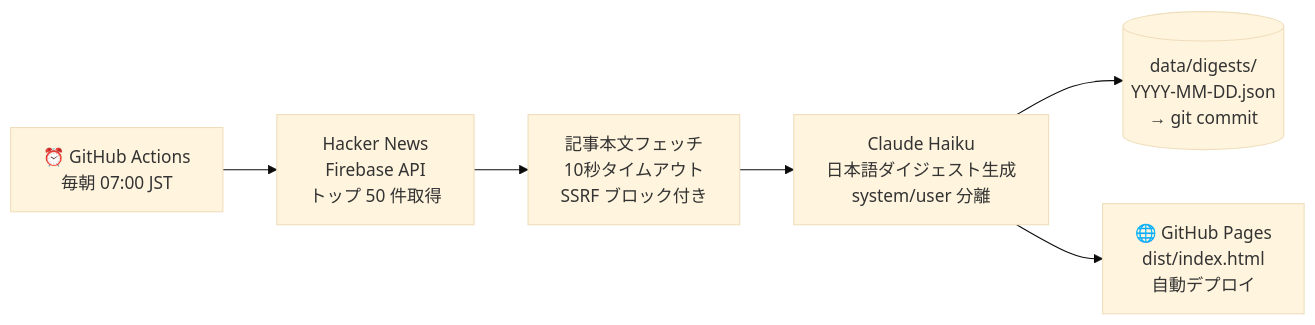
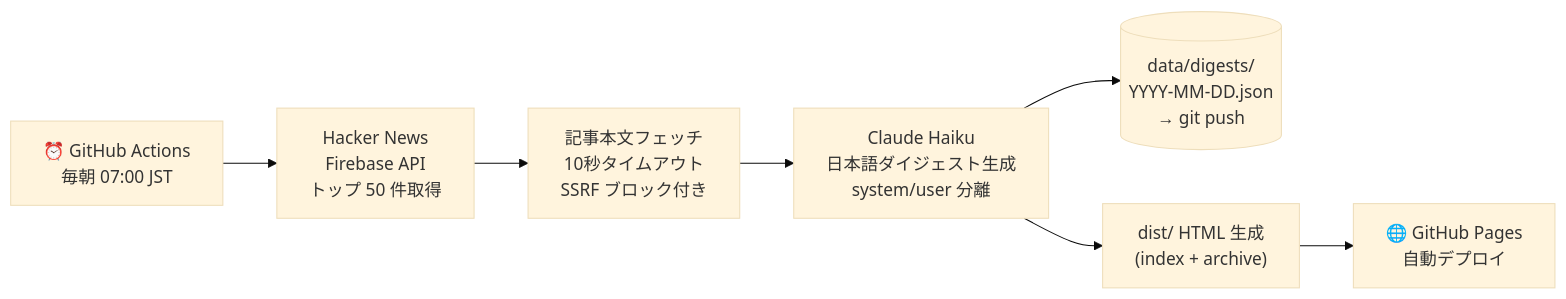
Before and after one commit to HayatoToyoda/tech-digest: the diagram in README.md, drawn with Mermaid (base theme). The commit also changed other lines of this file and 1 other file, not shown here.

````diff
--- a/README.md
+++ b/README.md
@@ -84,8 +86,9 @@
 ```mermaid
 flowchart LR
     A["⏰ GitHub Actions\n毎朝 07:00 JST"] --> B["Hacker News\nFirebase API\nトップ 50 件取得"]
     B --> C["記事本文フェッチ\n10秒タイムアウト\nSSRF ブロック付き"]
     C --> D["Claude Haiku\n日本語ダイジェスト生成\nsystem/user 分離"]
-    D --> E[("data/digests/\nYYYY-MM-DD.json\n→ git commit")]
-    D --> F["🌐 GitHub Pages\ndist/index.html\n自動デプロイ"]
+    D --> E[("data/digests/\nYYYY-MM-DD.json\n→ git push")]
+    D --> F["dist/ HTML 生成\n(index + archive)"]
+    F --> G["🌐 GitHub Pages\n自動デプロイ"]
 ```
````
